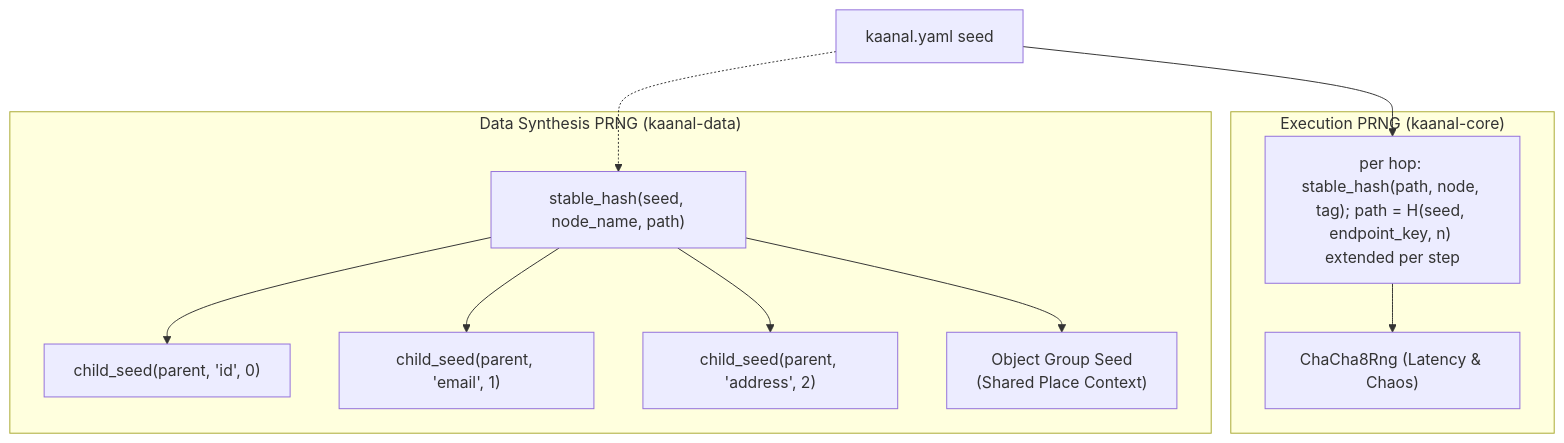
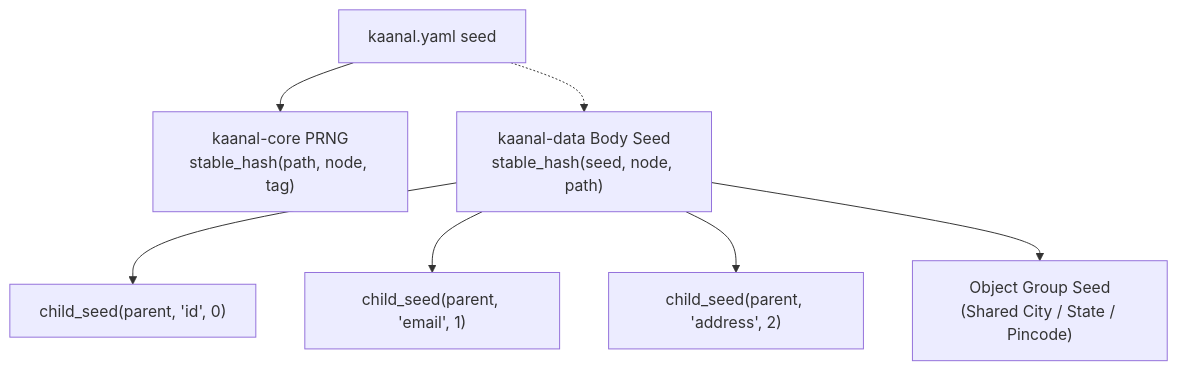
One commit to Naveen2070/kaanal changed the sixth of 8 diagrams in docs/source/architecture.md. Above: the diagram before and after it, drawn with Mermaid. The commit also changed other lines of this file and 6 other files, not shown here.

First line of the commit message:
docs: polish README, architecture guide, and theme banners

````diff
--- a/docs/source/architecture.md
+++ b/docs/source/architecture.md
@@ -206,24 +206,10 @@
 ```mermaid
 flowchart TD
-    ConfigSeed["kaanal.yaml seed"]
-    
-    subgraph Execution["Execution PRNG (kaanal-core)"]
-        ExecSeed["per hop: stable_hash(path, node, tag); path = H(seed, endpoint_key, n) extended per step"]
-        ChaChaExec["ChaCha8Rng (Latency & Chaos)"]
-    end
+    Seed["kaanal.yaml seed"] --> Exec["kaanal-core PRNG<br/>stable_hash(path, node, tag)"]
+    Seed -.-> Body["kaanal-data Body Seed<br/>stable_hash(seed, node, path)"]
 
-    subgraph DataGen["Data Synthesis PRNG (kaanal-data)"]
-        BodySeed["stable_hash(seed, node_name, path)"]
-        Field1["child_seed(parent, 'id', 0)"]
-        Field2["child_seed(parent, 'email', 1)"]
-        Field3["child_seed(parent, 'address', 2)"]
-        GroupSeed["Object Group Seed<br/>(Shared Place Context)"]
-    end
-
-    ConfigSeed --> ExecSeed --> ChaChaExec
-    ConfigSeed -.-> BodySeed
-    BodySeed --> Field1
-    BodySeed --> Field2
-    BodySeed --> Field3
-    BodySeed --> GroupSeed
+    Body --> F1["child_seed(parent, 'id', 0)"]
+    Body --> F2["child_seed(parent, 'email', 1)"]
+    Body --> F3["child_seed(parent, 'address', 2)"]
+    Body --> Group["Object Group Seed<br/>(Shared City / State / Pincode)"]
 ```
````
